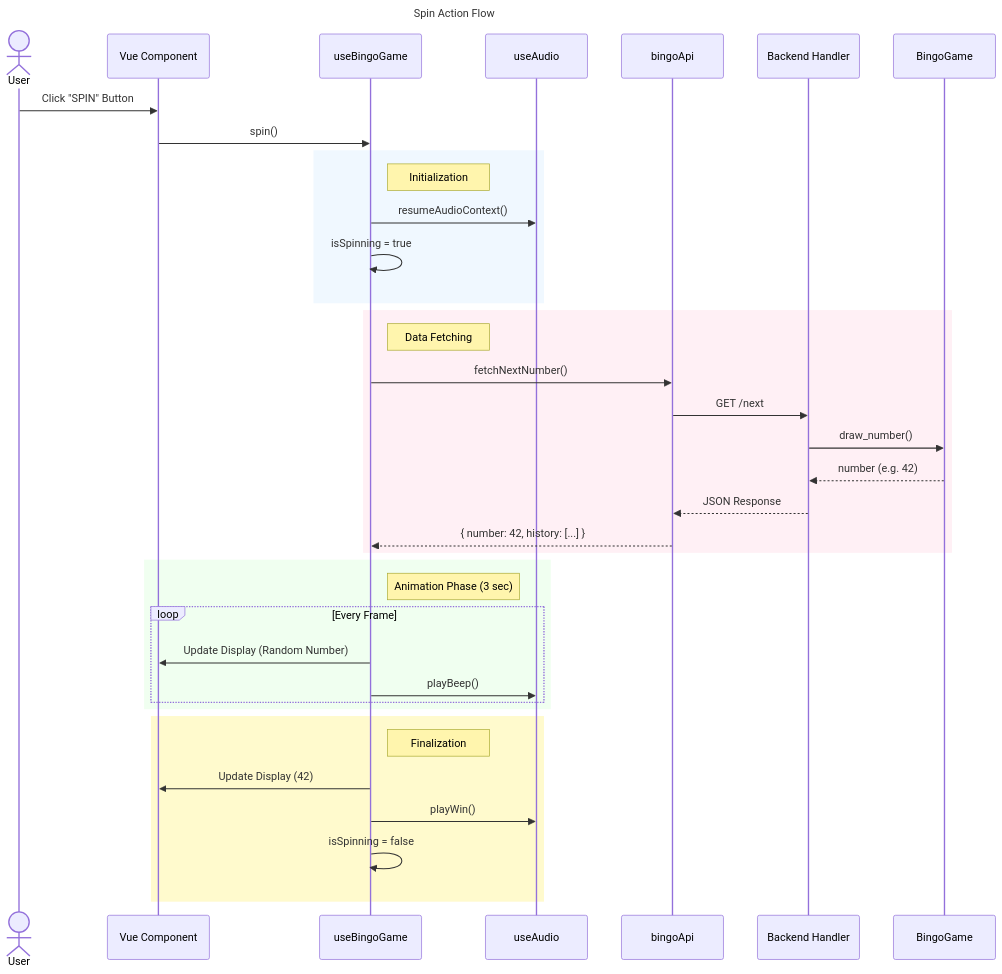
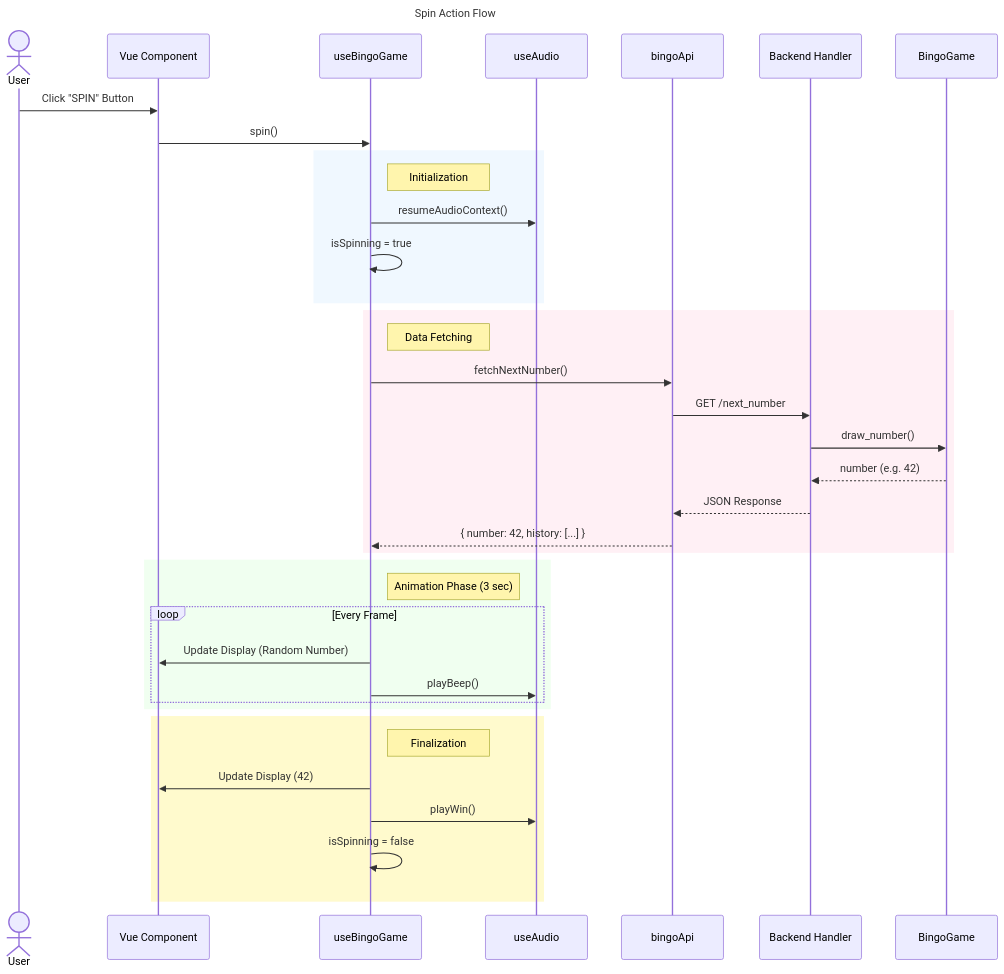
The fourth of 5 diagrams in docs/ARCHITECTURE.md (yasyasyu/bingo-server), drawn with Mermaid before and after one commit. The commit also changed other lines of this file and 2 other files, not shown here.

````diff
--- a/docs/ARCHITECTURE.md
+++ b/docs/ARCHITECTURE.md
@@ -210,45 +189,45 @@
 ```mermaid
 sequenceDiagram
     title Spin Action Flow
     actor User
     participant UI as Vue Component
     participant Logic as useBingoGame
     participant Audio as useAudio
     participant API as bingoApi
     participant Server as Backend Handler
     participant Domain as BingoGame
 
     User->>UI: Click "SPIN" Button
     UI->>Logic: spin()
     
     rect rgb(240, 248, 255)
         note right of Logic: Initialization
         Logic->>Audio: resumeAudioContext()
         Logic->>Logic: isSpinning = true
     end
 
     rect rgb(255, 240, 245)
         note right of Logic: Data Fetching
         Logic->>API: fetchNextNumber()
-        API->>Server: GET /next
+        API->>Server: GET /next_number
         Server->>Domain: draw_number()
         Domain-->>Server: number (e.g. 42)
         Server-->>API: JSON Response
         API-->>Logic: { number: 42, history: [...] }
     end
     
     rect rgb(240, 255, 240)
         note right of Logic: Animation Phase (3 sec)
         loop Every Frame
             Logic->>UI: Update Display (Random Number)
             Logic->>Audio: playBeep()
         end
     end
 
     rect rgb(255, 250, 205)
         note right of Logic: Finalization
         Logic->>UI: Update Display (42)
         Logic->>Audio: playWin()
         Logic->>Logic: isSpinning = false
     end
 ```
````
